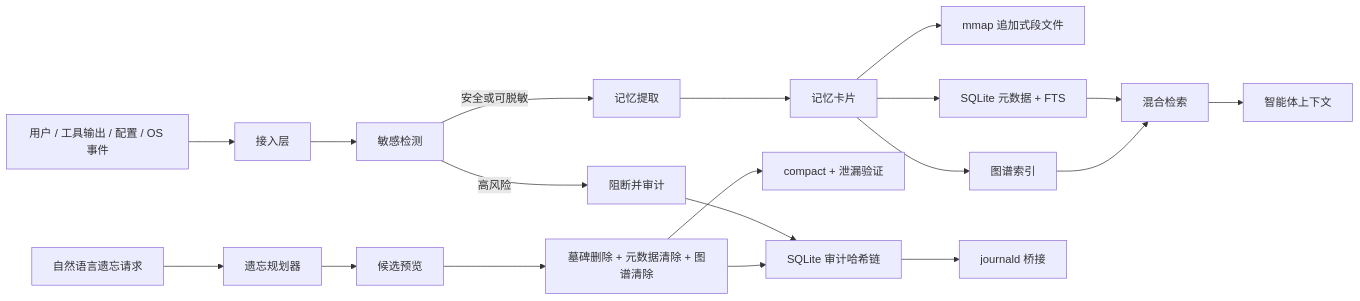
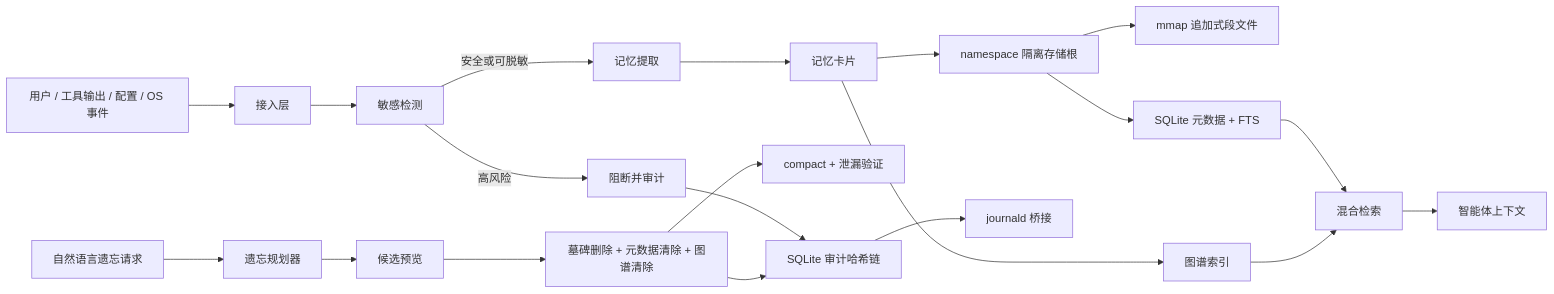
Before and after one commit to Alexd-star/memguardos: the diagram in docs/概要设计说明书.md, drawn with Mermaid. The commit also changed other lines of this file and 63 other files, not shown here.

````diff
--- a/docs/概要设计说明书.md
+++ b/docs/概要设计说明书.md
@@ -24,21 +24,22 @@
 ```mermaid
 flowchart LR
     A["用户 / 工具输出 / 配置 / OS 事件"] --> B["接入层"]
     B --> C["敏感检测"]
     C -->|高风险| D["阻断并审计"]
     C -->|安全或可脱敏| E["记忆提取"]
     E --> F["记忆卡片"]
-    F --> G["mmap 追加式段文件"]
-    F --> H["SQLite 元数据 + FTS"]
+    F --> S["namespace 隔离存储根"]
+    S --> G["mmap 追加式段文件"]
+    S --> H["SQLite 元数据 + FTS"]
     F --> I["图谱索引"]
     H --> J["混合检索"]
     I --> J
     J --> K["智能体上下文"]
     L["自然语言遗忘请求"] --> M["遗忘规划器"]
     M --> N["候选预览"]
     N --> O["墓碑删除 + 元数据清除 + 图谱清除"]
     O --> P["compact + 泄漏验证"]
     D --> Q["SQLite 审计哈希链"]
     O --> Q
     Q --> R["journald 桥接"]
 ```
````
